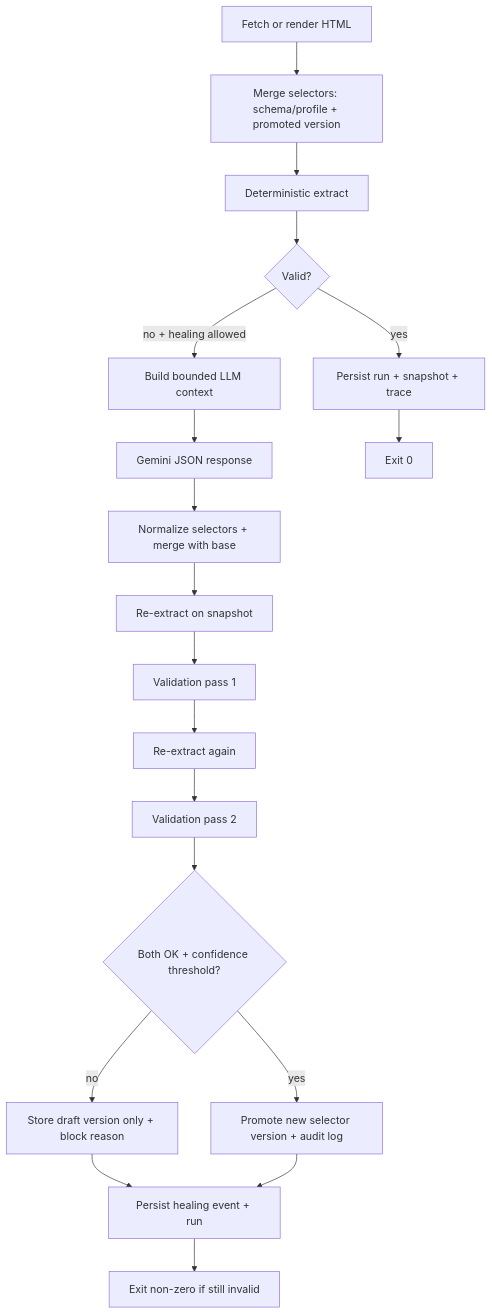
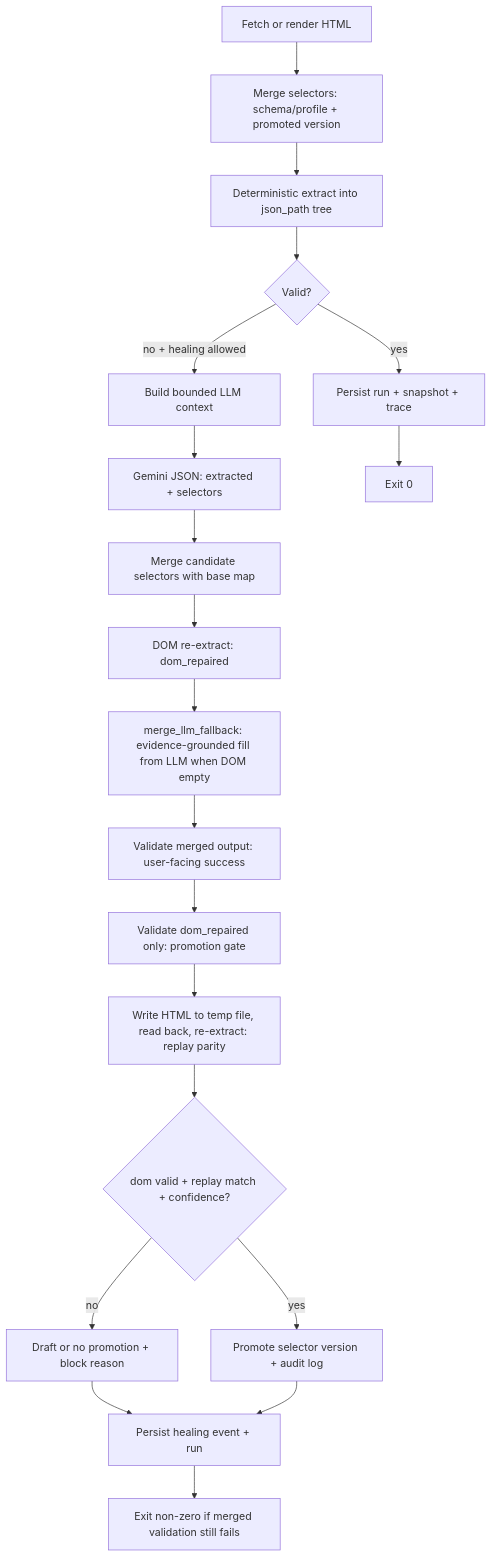
The diagram in ARCHITECTURE.md (Mutasem-mk4/healscrape), drawn with Mermaid before and after one commit. The commit also changed other lines of this file and 24 other files, not shown here.

````diff
--- a/ARCHITECTURE.md
+++ b/ARCHITECTURE.md
@@ -27,21 +27,22 @@
 ```mermaid
 flowchart TD
   A[Fetch or render HTML] --> B[Merge selectors: schema/profile + promoted version]
-  B --> C[Deterministic extract]
+  B --> C[Deterministic extract into json_path tree]
   C --> D{Valid?}
   D -->|yes| E[Persist run + snapshot + trace]
   D -->|no + healing allowed| F[Build bounded LLM context]
-  F --> G[Gemini JSON response]
-  G --> H[Normalize selectors + merge with base]
-  H --> I[Re-extract on snapshot]
-  I --> J[Validation pass 1]
-  J --> K[Re-extract again]
-  K --> L[Validation pass 2]
-  L --> M{Both OK + confidence threshold?}
-  M -->|yes| N[Promote new selector version + audit log]
-  M -->|no| O[Store draft version only + block reason]
-  O --> P[Persist healing event + run]
-  N --> P
-  E --> Q[Exit 0]
-  P --> R[Exit non-zero if still invalid]
+  F --> G[Gemini JSON: extracted + selectors]
+  G --> H[Merge candidate selectors with base map]
+  H --> I[DOM re-extract: dom_repaired]
+  I --> J[merge_llm_fallback: evidence-grounded fill from LLM when DOM empty]
+  J --> K[Validate merged output: user-facing success]
+  K --> L[Validate dom_repaired only: promotion gate]
+  L --> M[Write HTML to temp file, read back, re-extract: replay parity]
+  M --> N{dom valid + replay match + confidence?}
+  N -->|yes| O[Promote selector version + audit log]
+  N -->|no| P[Draft or no promotion + block reason]
+  P --> Q[Persist healing event + run]
+  O --> Q
+  E --> R[Exit 0]
+  Q --> S[Exit non-zero if merged validation still fails]
 ```
````
